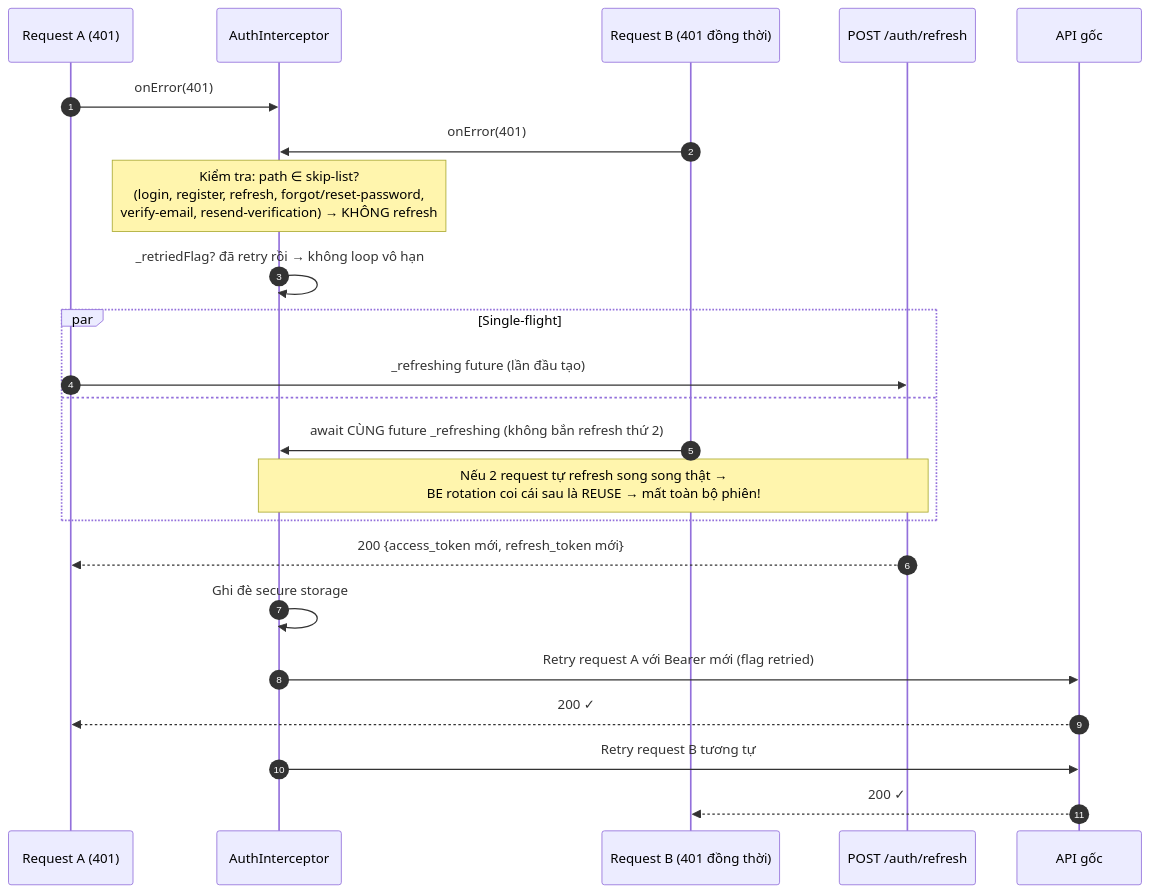
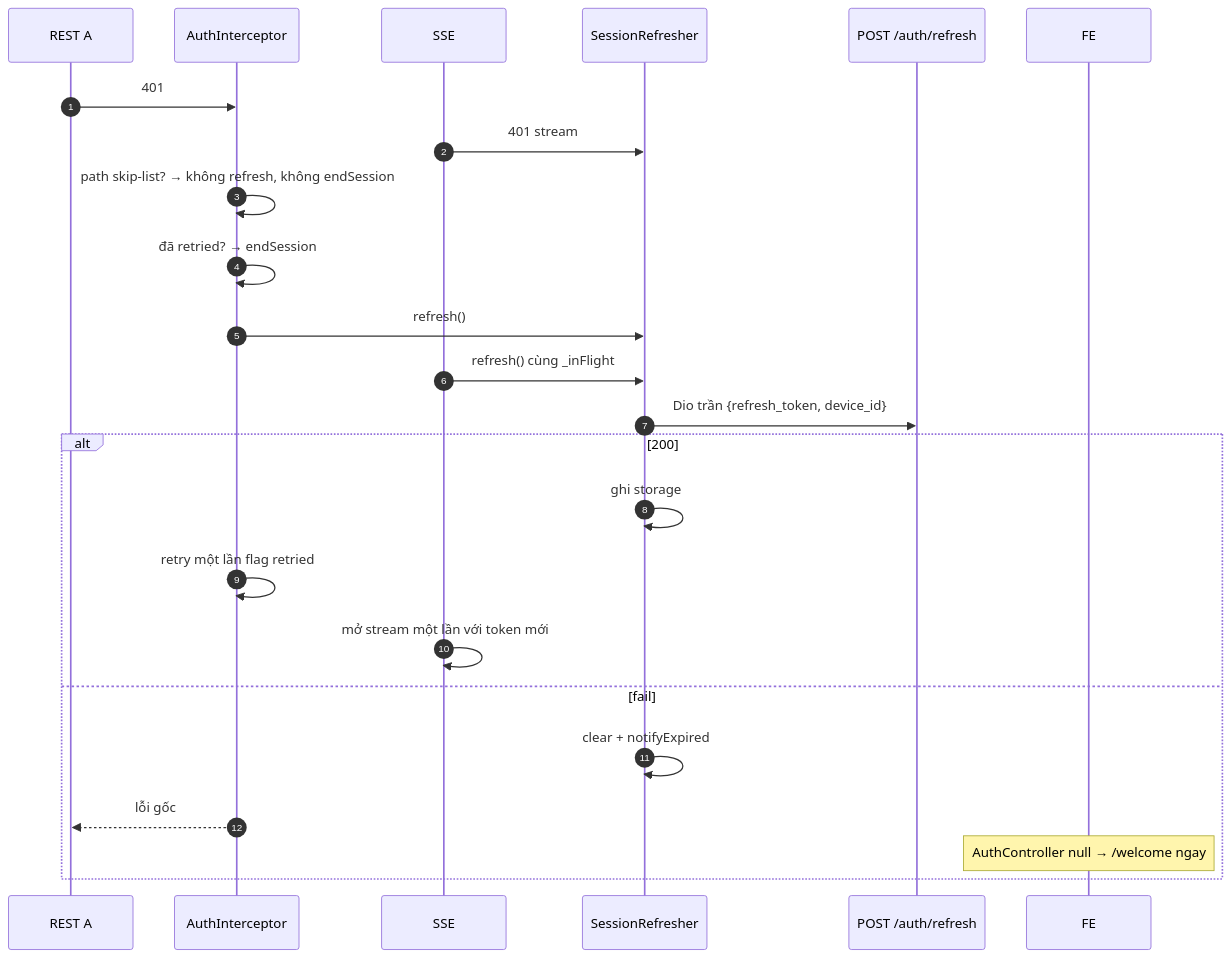
The third of 6 diagrams in flow/07-app-startup-network.md (FintechVSF-Tranning/PaySplit-RP), drawn with Mermaid before and after one commit. The commit also changed other lines of this file and 8 other files, not shown here.

````diff
--- a/flow/07-app-startup-network.md
+++ b/flow/07-app-startup-network.md
@@ -105,29 +153,26 @@
 ```mermaid
 sequenceDiagram
     autonumber
-    participant A as Request A (401)
+    participant A as REST A
     participant I as AuthInterceptor
-    participant R as Request B (401 đồng thời)
+    participant S as SSE
+    participant SR as SessionRefresher
     participant BE as POST /auth/refresh
-    participant API as API gốc
 
-    A->>I: onError(401)
-    R->>I: onError(401)
-    
-    Note over I: Kiểm tra: path ∈ skip-list?<br/>(login, register, refresh, forgot/reset-password,<br/>verify-email, resend-verification) → KHÔNG refresh
-    I->>I: _retriedFlag? đã retry rồi → không loop vô hạn
-    
-    par Single-flight
-        A->>BE: _refreshing future (lần đầu tạo)
-    and
-        R->>I: await CÙNG future _refreshing (không bắn refresh thứ 2)
-        Note over I,BE: Nếu 2 request tự refresh song song thật →<br/>BE rotation coi cái sau là REUSE → mất toàn bộ phiên!
+    A->>I: 401
+    S->>SR: 401 stream
+    I->>I: path skip-list? → không refresh, không endSession
+    I->>I: đã retried? → endSession
+    I->>SR: refresh()
+    S->>SR: refresh() cùng _inFlight
+    SR->>BE: Dio trần {refresh_token, device_id}
+    alt 200
+        SR->>SR: ghi storage
+        I->>I: retry một lần flag retried
+        S->>S: mở stream một lần với token mới
+    else fail
+        SR->>SR: clear + notifyExpired
+        I-->>A: lỗi gốc
+        Note over FE: AuthController null → /welcome ngay
     end
-    
-    BE-->>A: 200 {access_token mới, refresh_token mới}
-    I->>I: Ghi đè secure storage
-    I->>API: Retry request A với Bearer mới (flag retried)
-    API-->>A: 200 ✓
-    I->>API: Retry request B tương tự
-    API-->>R: 200 ✓
 ```
````
